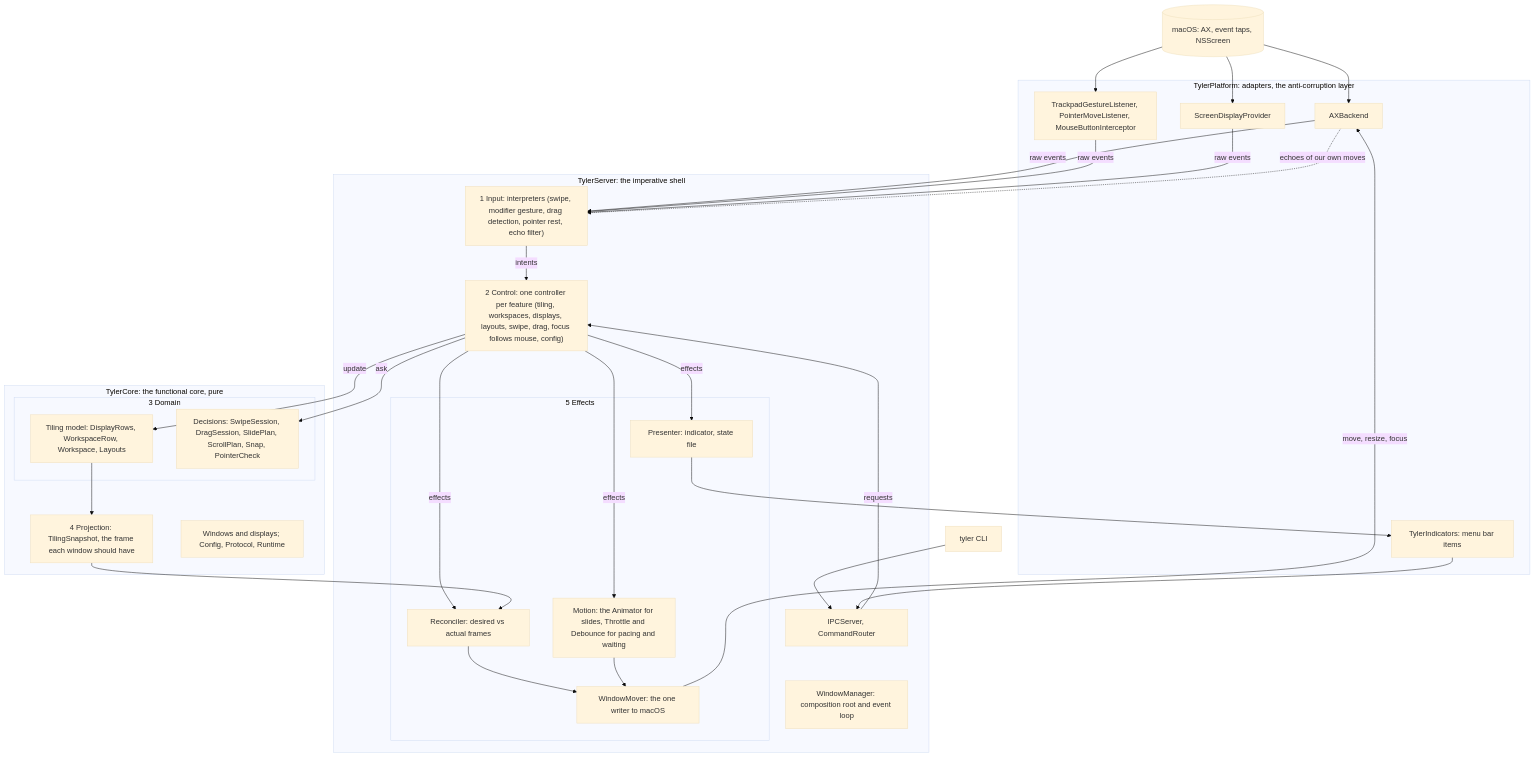
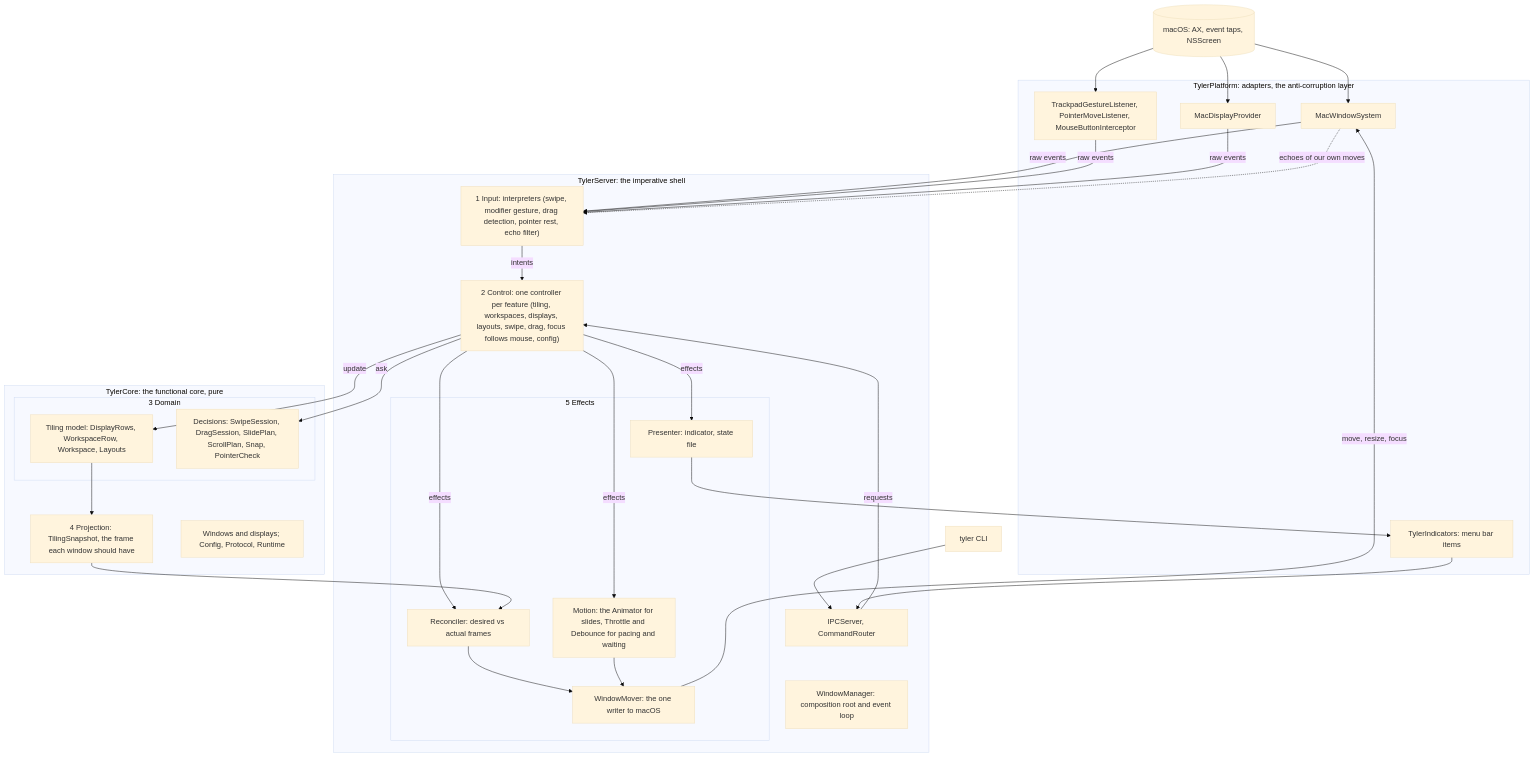
One commit to dhansmair/tyler changed the first of 2 diagrams in devdocs/architecture.md. Above: the diagram before and after it, drawn with Mermaid (base theme). The commit also changed 37 other files, not shown here.

````diff
--- a/devdocs/architecture.md
+++ b/devdocs/architecture.md
@@ -40,51 +40,51 @@
 ```mermaid
 flowchart TB
   mac[("macOS: AX, event taps, NSScreen")]
   cli["tyler CLI"]
 
   subgraph platform["TylerPlatform: adapters, the anti-corruption layer"]
-    ax["AXBackend"]
+    ax["MacWindowSystem"]
     listeners["TrackpadGestureListener, PointerMoveListener, MouseButtonInterceptor"]
-    screens["ScreenDisplayProvider"]
+    screens["MacDisplayProvider"]
     menu["TylerIndicators: menu bar items"]
   end
 
   subgraph server["TylerServer: the imperative shell"]
     wm["WindowManager: composition root and event loop"]
     ipc["IPCServer, CommandRouter"]
     input["1 Input: interpreters (swipe, modifier gesture, drag detection, pointer rest, echo filter)"]
     control["2 Control: one controller per feature (tiling, workspaces, displays, layouts, swipe, drag, focus follows mouse, config)"]
     subgraph effects["5 Effects"]
       reconciler["Reconciler: desired vs actual frames"]
       motion["Motion: the Animator for slides, Throttle and Debounce for pacing and waiting"]
       mover["WindowMover: the one writer to macOS"]
       presenter["Presenter: indicator, state file"]
     end
   end
 
   subgraph core["TylerCore: the functional core, pure"]
     subgraph domain["3 Domain"]
       tiling["Tiling model: DisplayRows, WorkspaceRow, Workspace, Layouts"]
       decisions["Decisions: SwipeSession, DragSession, SlidePlan, ScrollPlan, Snap, PointerCheck"]
     end
     projection["4 Projection: TilingSnapshot, the frame each window should have"]
     foundation["Windows and displays; Config, Protocol, Runtime"]
   end
 
   mac --> ax & listeners & screens
   cli --> ipc
   menu --> ipc
   ax & listeners & screens -->|raw events| input
   ax -.->|echoes of our own moves| input
   ipc -->|requests| control
   input -->|intents| control
   control -->|update| tiling
   control -->|ask| decisions
   control -->|effects| reconciler & motion & presenter
   tiling --> projection
   projection --> reconciler
   reconciler --> mover
   motion --> mover
   mover -->|move, resize, focus| ax
   presenter --> menu
 ```
````
